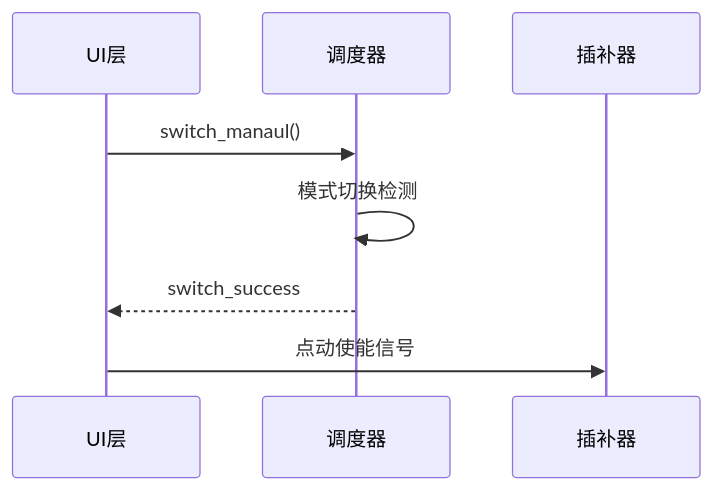
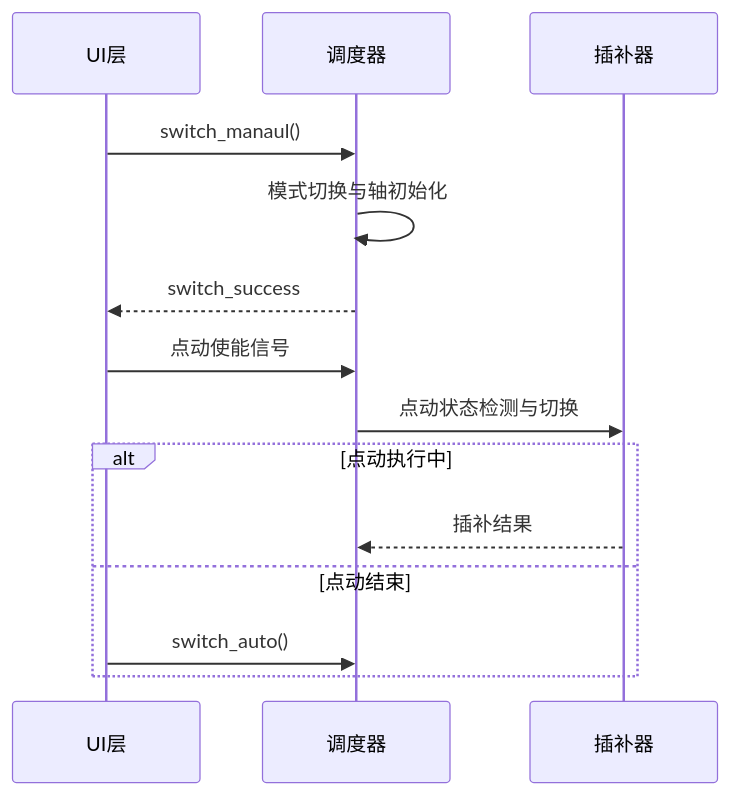
One commit to lazyshawn/NeoRobotController changed the second of 2 diagrams in src/interpolation/README.md. Above: the diagram before and after it, drawn with Mermaid. The commit also changed other lines of this file and 8 other files, not shown here.

````diff
--- a/src/interpolation/README.md
+++ b/src/interpolation/README.md
@@ -44,11 +47,18 @@
 ```mermaid
 sequenceDiagram
     participant UI as UI层
-    participant dispatcher as 调度器
+    participant dispatch as 调度器
     participant interp as 插补器
     
-    UI ->> dispatcher: switch_manaul()
-    dispatcher ->> dispatcher: 模式切换检测
-    dispatcher -->> UI: switch_success
-    UI ->> interp: 点动使能信号
+    UI ->> dispatch: switch_manaul()
+    dispatch ->> dispatch: 模式切换与轴初始化
+    dispatch -->> UI: switch_success
+    UI ->> dispatch: 点动使能信号
+    dispatch ->> interp: 点动状态检测与切换
+
+    alt 点动执行中
+        interp -->> dispatch: 插补结果
+    else 点动结束
+        UI ->> dispatch: switch_auto()
+    end
 ```
````
